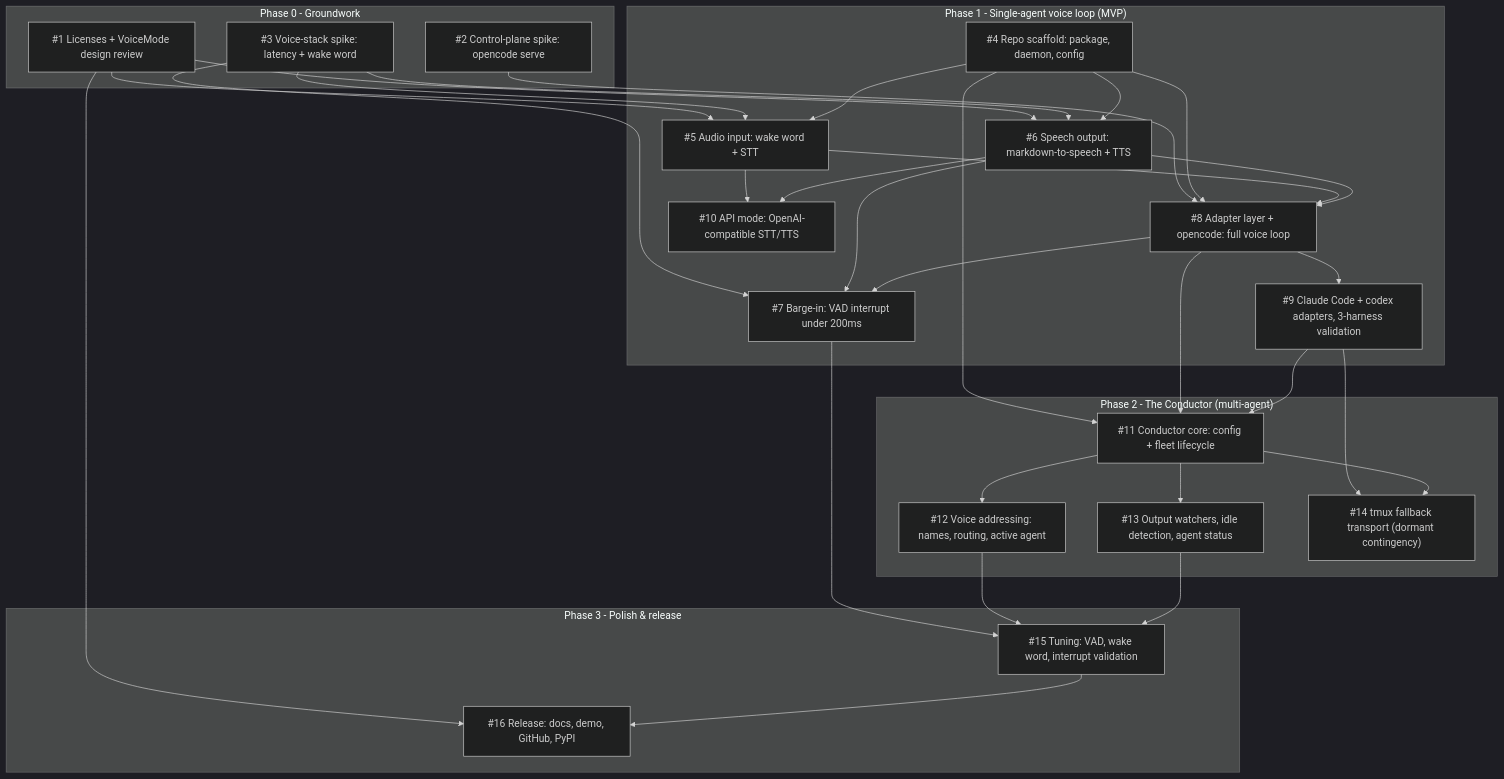
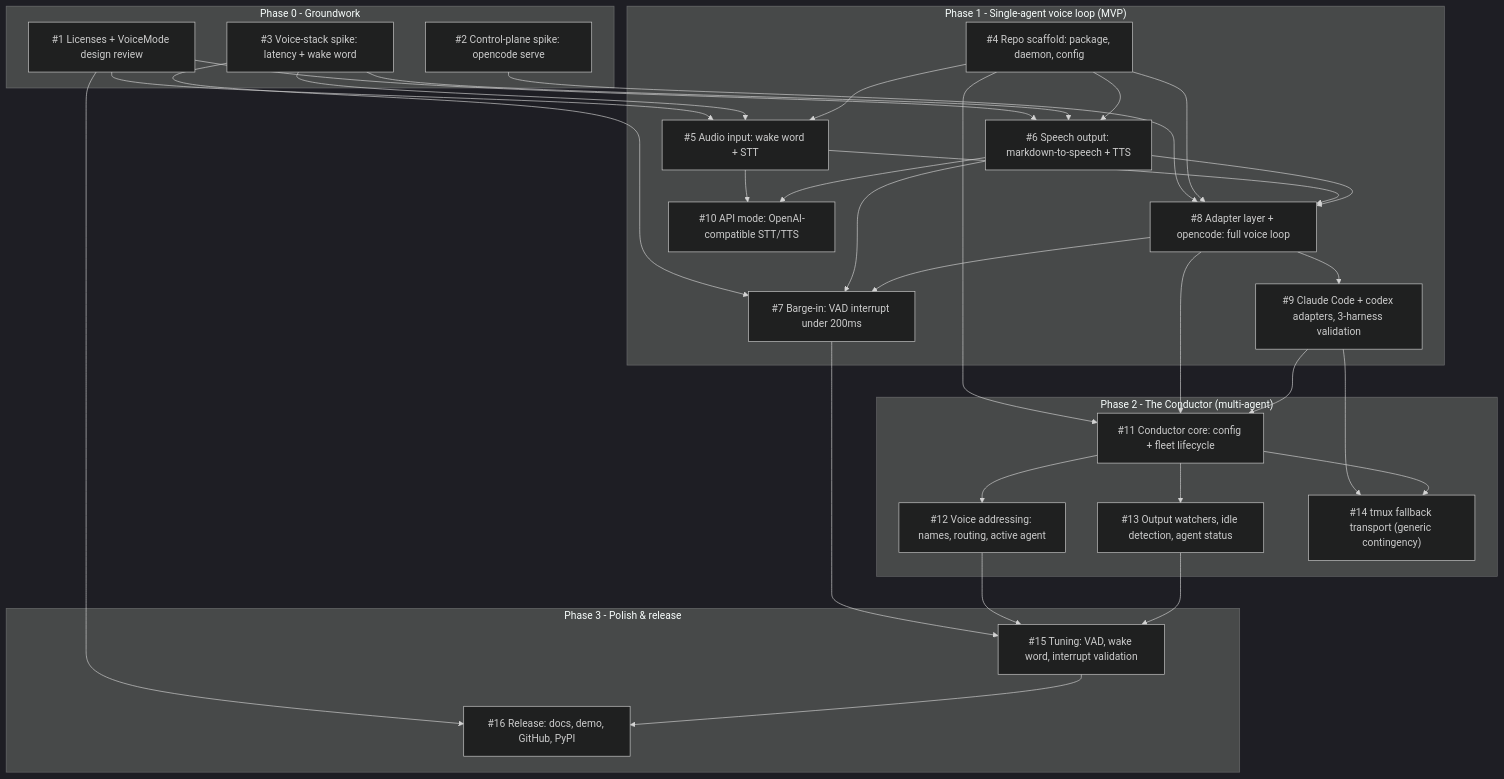
The diagram in docs/dependency-graph.md (talibilat/vox), drawn with Mermaid (dark theme) before and after one commit. The commit also changed other lines of this file and 6 other files, not shown here.

Commit message:
no-mistakes(document): Document tmux fallback configuration

````diff
--- a/docs/dependency-graph.md
+++ b/docs/dependency-graph.md
@@ -10,59 +10,59 @@
 ```mermaid
 graph TD
     subgraph Phase0["Phase 0 - Groundwork"]
         I1["#1 Licenses + VoiceMode design review"]
         I2["#2 Control-plane spike: opencode serve"]
         I3["#3 Voice-stack spike: latency + wake word"]
     end
 
     subgraph Phase1["Phase 1 - Single-agent voice loop (MVP)"]
         I4["#4 Repo scaffold: package, daemon, config"]
         I5["#5 Audio input: wake word + STT"]
         I6["#6 Speech output: markdown-to-speech + TTS"]
         I7["#7 Barge-in: VAD interrupt under 200ms"]
         I8["#8 Adapter layer + opencode: full voice loop"]
         I9["#9 Claude Code + codex adapters, 3-harness validation"]
         I10["#10 API mode: OpenAI-compatible STT/TTS"]
     end
 
     subgraph Phase2["Phase 2 - The Conductor (multi-agent)"]
         I11["#11 Conductor core: config + fleet lifecycle"]
         I12["#12 Voice addressing: names, routing, active agent"]
         I13["#13 Output watchers, idle detection, agent status"]
-        I14["#14 tmux fallback transport (dormant contingency)"]
+        I14["#14 tmux fallback transport (generic contingency)"]
     end
 
     subgraph Phase3["Phase 3 - Polish & release"]
         I15["#15 Tuning: VAD, wake word, interrupt validation"]
         I16["#16 Release: docs, demo, GitHub, PyPI"]
     end
 
     I1 --> I5
     I1 --> I6
     I1 --> I16
     I2 --> I8
     I3 --> I5
     I3 --> I6
     I3 --> I7
     I4 --> I5
     I4 --> I6
     I4 --> I8
     I4 --> I11
     I5 --> I8
     I5 --> I10
     I6 --> I7
     I6 --> I8
     I6 --> I10
     I8 --> I7
     I8 --> I9
     I8 --> I11
     I9 --> I11
     I9 --> I14
     I11 --> I12
     I11 --> I13
     I11 --> I14
     I7 --> I15
     I12 --> I15
     I13 --> I15
     I15 --> I16
 ```
````
